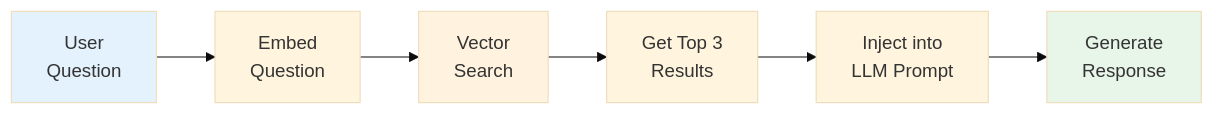
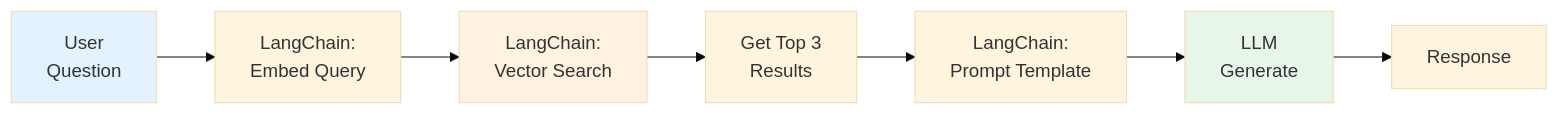
One commit to fajarAnd/workshop-brin changed diagram 12 of 16 in docs/specs/design/202511301430-brin-genai-workshop.md. Above: the diagram before and after it, drawn with Mermaid (base theme). The commit also changed other lines of this file, not shown here.

````diff
--- a/docs/specs/design/202511301430-brin-genai-workshop.md
+++ b/docs/specs/design/202511301430-brin-genai-workshop.md
@@ -573,12 +621,13 @@
 ```mermaid
 graph LR
-    A[User<br/>Question] --> B[Embed<br/>Question]
-    B --> C[Vector<br/>Search]
+    A[User<br/>Question] --> B[LangChain:<br/>Embed Query]
+    B --> C[LangChain:<br/>Vector Search]
     C --> D[Get Top 3<br/>Results]
-    D --> E[Inject into<br/>LLM Prompt]
-    E --> F[Generate<br/>Response]
+    D --> E[LangChain:<br/>Prompt Template]
+    E --> F[LLM<br/>Generate]
+    F --> G[Response]
 
     style A fill:#e3f2fd
     style C fill:#fff3e0
     style F fill:#e8f5e9
 ```
````
